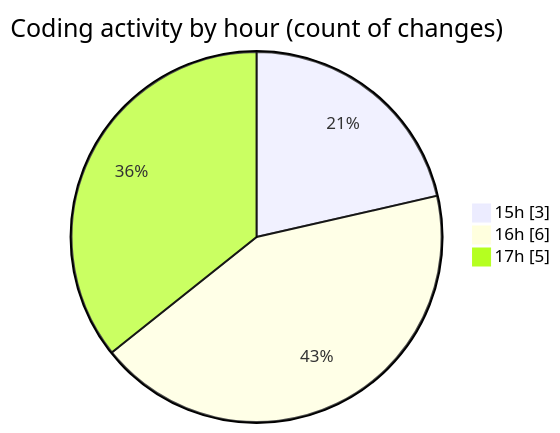
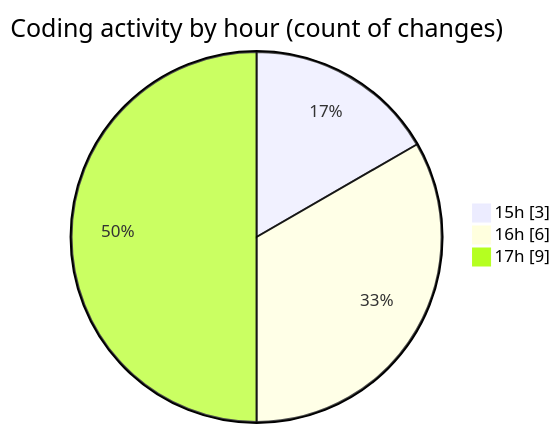
Before and after one commit to vahidmafi/code-tracking: the second of 2 diagrams in 2025-06-27/horizon/README.md, drawn with Mermaid. The commit also changed other lines of this file and 1 other file, not shown here.

````diff
--- a/2025-06-27/horizon/README.md
+++ b/2025-06-27/horizon/README.md
@@ -29,7 +29,7 @@
 ```mermaid
 pie showData
 title Coding activity by hour (count of changes)
 "15h" : 3
 "16h" : 6
-"17h" : 5
+"17h" : 9
 ```
````
